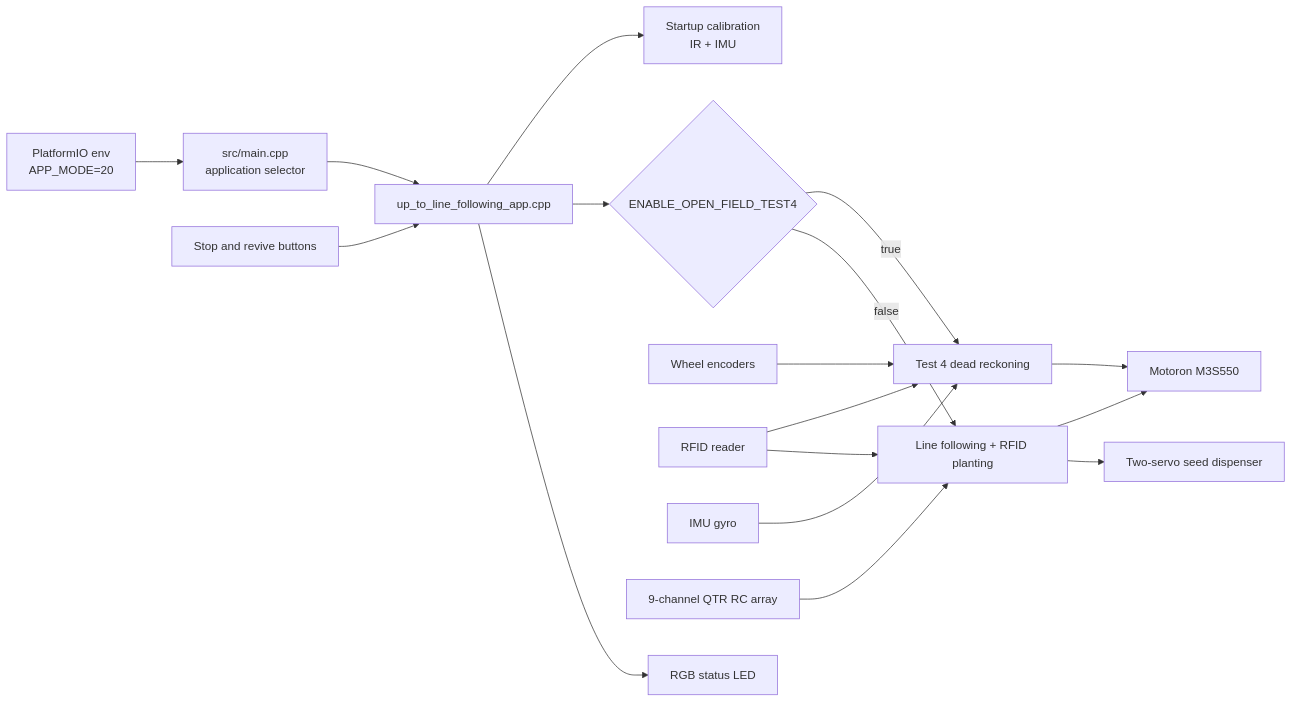
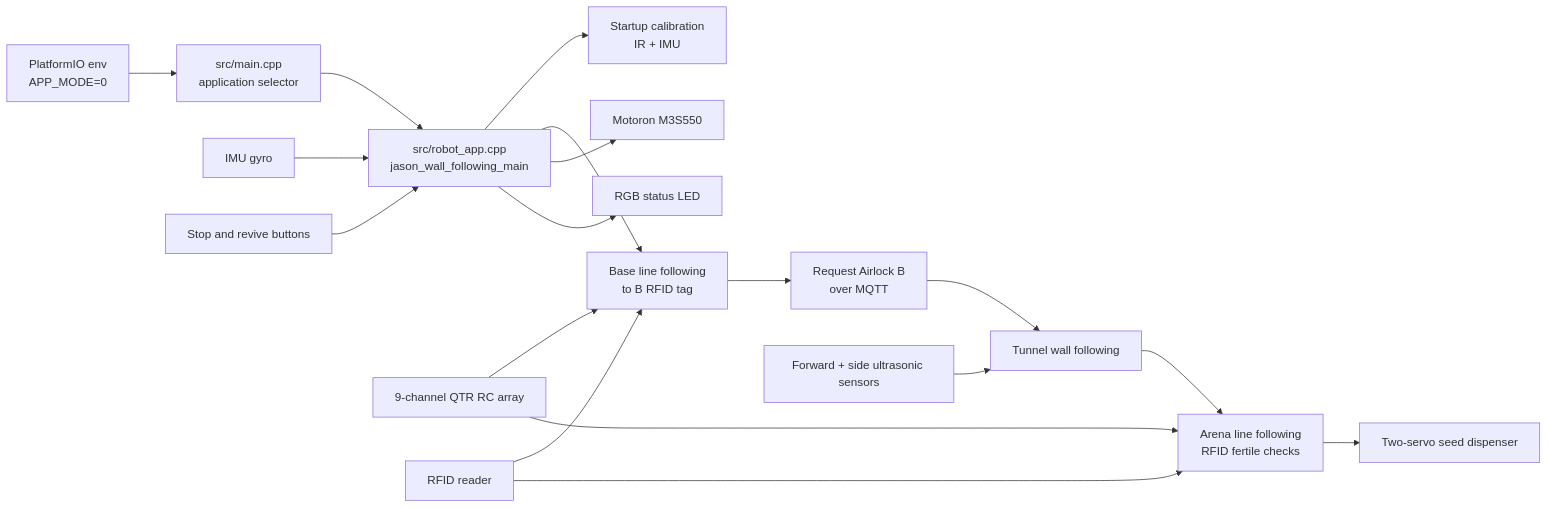
One commit to Nolanyu99/term3_robot changed the first of 4 diagrams in README.md. Above: the diagram before and after it, drawn with Mermaid. The commit also changed other lines of this file, not shown here.

````diff
--- a/README.md
+++ b/README.md
@@ -102,23 +109,23 @@
 ```mermaid
 flowchart LR
-    ENV["PlatformIO env<br/>APP_MODE=20"] --> DISPATCH["src/main.cpp<br/>application selector"]
-    DISPATCH --> APP["up_to_line_following_app.cpp"]
+    ENV["PlatformIO env<br/>APP_MODE=0"] --> DISPATCH["src/main.cpp<br/>application selector"]
+    DISPATCH --> APP["src/robot_app.cpp<br/>jason_wall_following_main"]
 
     APP --> STARTUP["Startup calibration<br/>IR + IMU"]
-    APP --> MODE{"ENABLE_OPEN_FIELD_TEST4"}
-    MODE -->|true| TEST4["Test 4 dead reckoning"]
-    MODE -->|false| LINE["Line following + RFID planting"]
+    APP --> BASE["Base line following<br/>to B RFID tag"]
+    BASE --> AIRLOCK["Request Airlock B<br/>over MQTT"]
+    AIRLOCK --> TUNNEL["Tunnel wall following"]
+    TUNNEL --> ARENA["Arena line following<br/>RFID fertile checks"]
+    ARENA --> DISPENSER["Two-servo seed dispenser"]
 
-    ENCODERS["Wheel encoders"] --> TEST4
-    RFID["RFID reader"] --> TEST4
-    IMU["IMU gyro"] --> TEST4
-    TEST4 --> MOTOR["Motoron M3S550"]
-
-    QTR["9-channel QTR RC array"] --> LINE
-    RFID --> LINE
-    LINE --> MOTOR
-    LINE --> DISPENSER["Two-servo seed dispenser"]
+    QTR["9-channel QTR RC array"] --> BASE
+    QTR --> ARENA
+    RFID["RFID reader"] --> BASE
+    RFID --> ARENA
+    ULTRA["Forward + side ultrasonic sensors"] --> TUNNEL
+    IMU["IMU gyro"] --> APP
+    APP --> MOTOR["Motoron M3S550"]
 
     BUTTONS["Stop and revive buttons"] --> APP
     APP --> LED["RGB status LED"]
 ```
````
